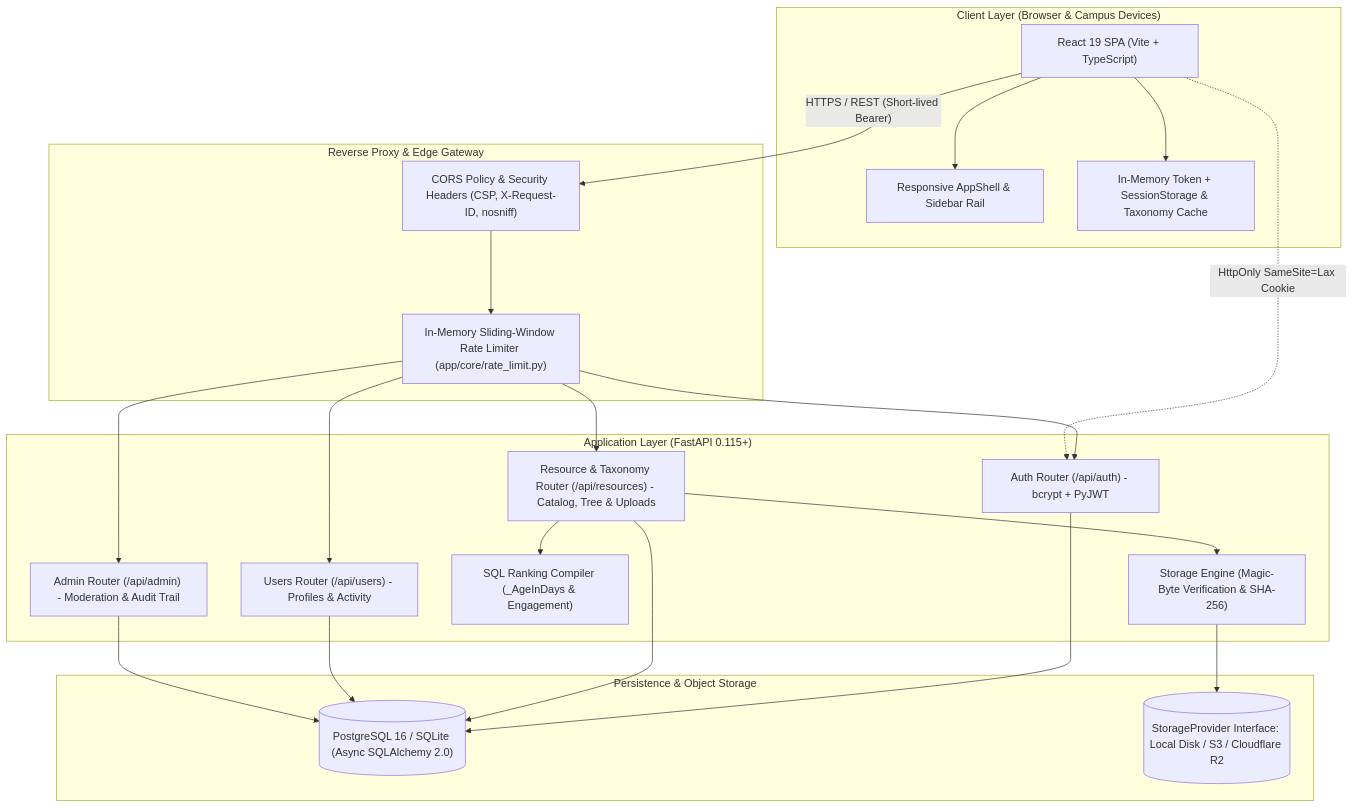
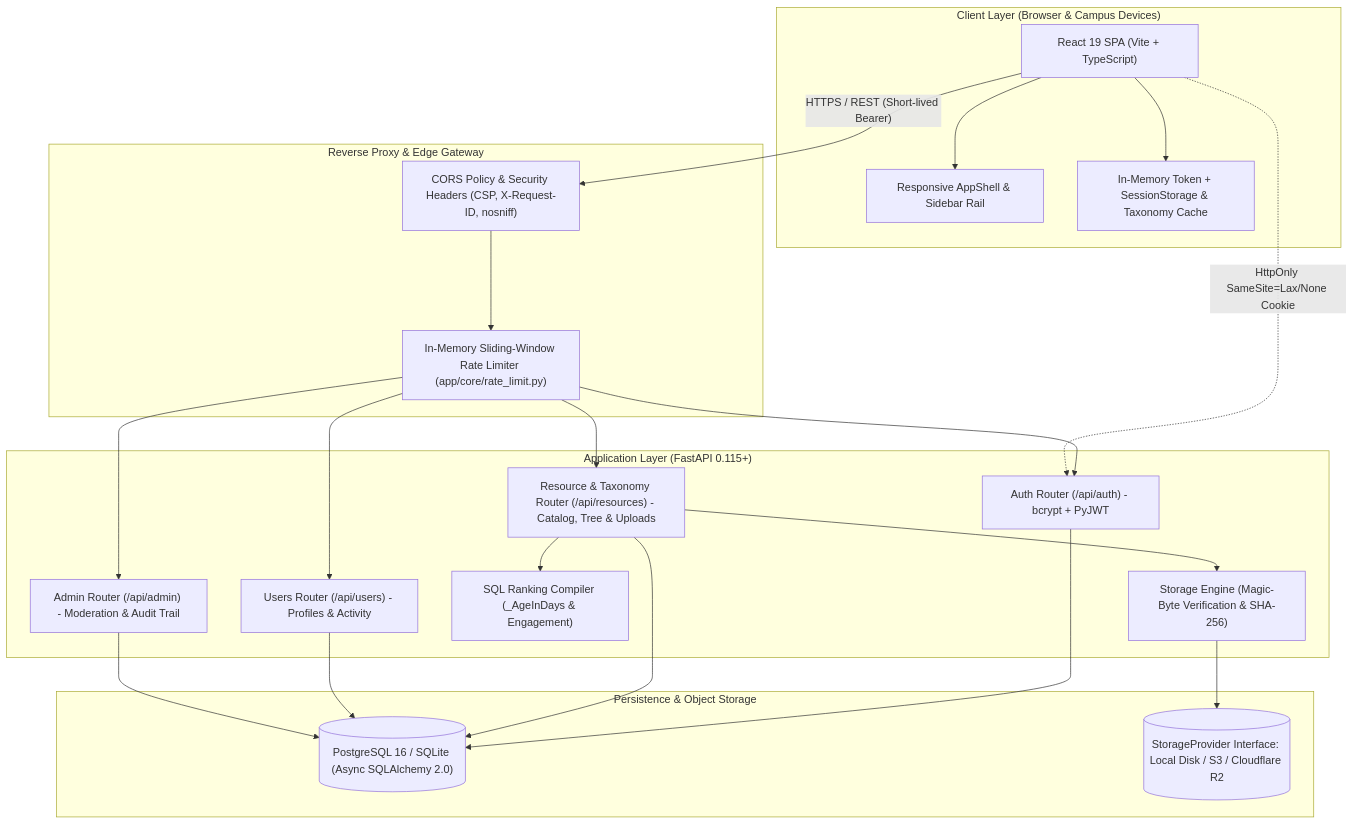
Before and after one commit to navya27-0/StudyShare: the first of 2 diagrams in README.md, drawn with Mermaid. The commit also changed other lines of this file and 13 other files, not shown here.

````diff
--- a/README.md
+++ b/README.md
@@ -77,46 +77,46 @@
 ```mermaid
 flowchart TD
     subgraph Client ["Client Layer (Browser & Campus Devices)"]
         SPA["React 19 SPA (Vite + TypeScript)"]
         AppShell["Responsive AppShell & Sidebar Rail"]
         StorageEngine["In-Memory Token + SessionStorage & Taxonomy Cache"]
         SPA --> AppShell
         SPA --> StorageEngine
     end
 
     subgraph Gateway ["Reverse Proxy & Edge Gateway"]
         CORS["CORS Policy & Security Headers (CSP, X-Request-ID, nosniff)"]
         RateLimiter["In-Memory Sliding-Window Rate Limiter (app/core/rate_limit.py)"]
         CORS --> RateLimiter
     end
 
     subgraph Backend ["Application Layer (FastAPI 0.115+)"]
         AuthRouter["Auth Router (/api/auth) - bcrypt + PyJWT"]
         ResourceRouter["Resource & Taxonomy Router (/api/resources) - Catalog, Tree & Uploads"]
         UsersRouter["Users Router (/api/users) - Profiles & Activity"]
         AdminRouter["Admin Router (/api/admin) - Moderation & Audit Trail"]
         RankingCompiler["SQL Ranking Compiler (_AgeInDays & Engagement)"]
         FileValidator["Storage Engine (Magic-Byte Verification & SHA-256)"]
 
         RateLimiter --> AuthRouter
         RateLimiter --> ResourceRouter
         RateLimiter --> UsersRouter
         RateLimiter --> AdminRouter
 
         ResourceRouter --> RankingCompiler
         ResourceRouter --> FileValidator
     end
 
     subgraph Data ["Persistence & Object Storage"]
         DB[("PostgreSQL 16 / SQLite (Async SQLAlchemy 2.0)")]
         DiskStorage[("StorageProvider Interface: Local Disk / S3 / Cloudflare R2")]
     end
 
     SPA -->|"HTTPS / REST (Short-lived Bearer)"| CORS
-    SPA -.->|"HttpOnly SameSite=Lax Cookie"| AuthRouter
+    SPA -.->|"HttpOnly SameSite=Lax/None Cookie"| AuthRouter
     AuthRouter --> DB
     ResourceRouter --> DB
     UsersRouter --> DB
     AdminRouter --> DB
     FileValidator --> DiskStorage
 ```
````
